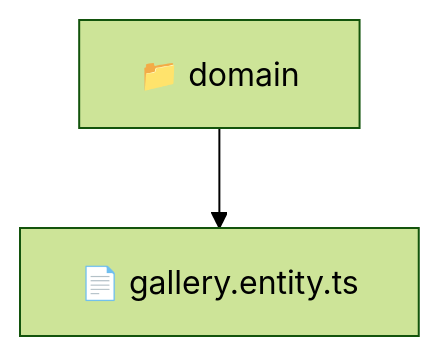
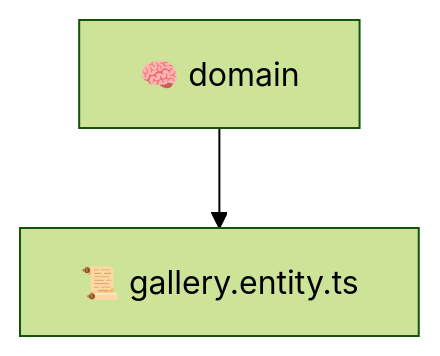
Before and after one commit to beginwebdev2002/fullstack-mavluda: the diagram in backend/src/modules/gallery/domain/README.md, drawn with Mermaid (forest theme). The commit also changed other lines of this file and 163 other files, not shown here.

````diff
--- a/backend/src/modules/gallery/domain/README.md
+++ b/backend/src/modules/gallery/domain/README.md
@@ -9,5 +9,5 @@
 ```mermaid
 graph TD
-  Root["📁 domain"]
-  Root --> gallery_entity_ts["📄 gallery.entity.ts"]
+  domain["🧠 domain"]
+  domain --> gallery_entity_ts["📜 gallery.entity.ts"]
 ```
````
